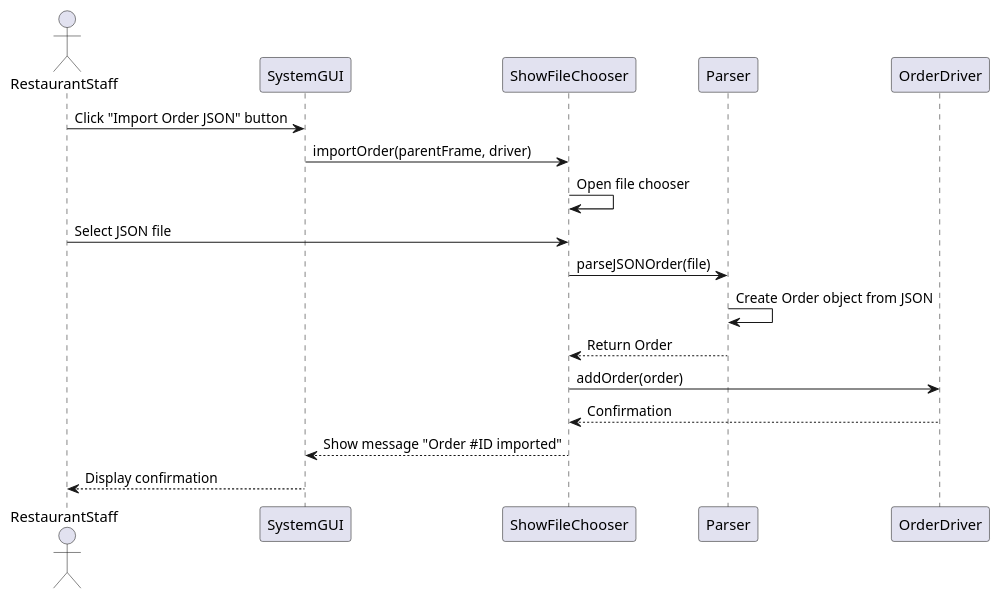
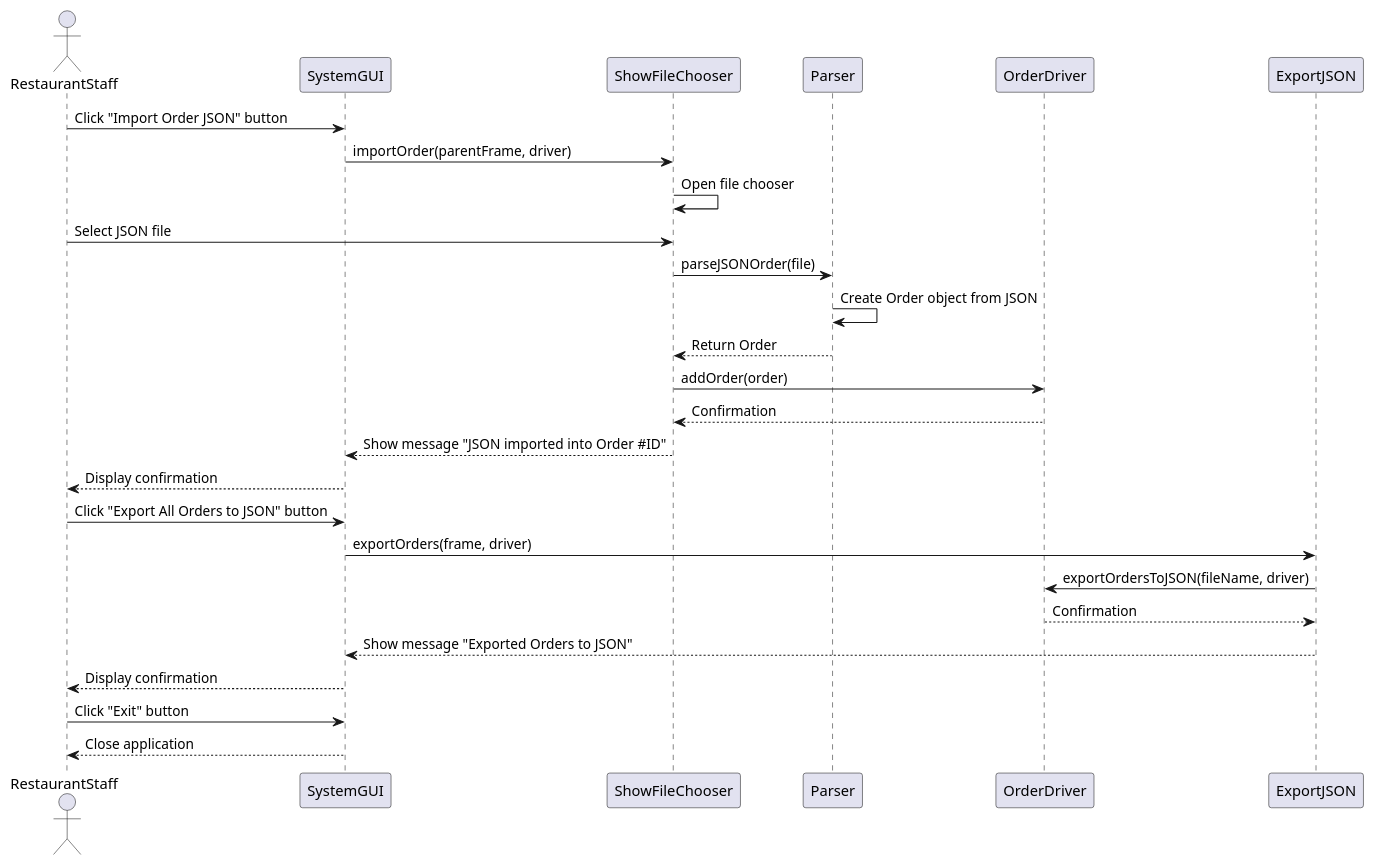
Before and after one commit to aidanmahl/372GroupProject: the diagram in code/src/main/java/Design/SequenceDiagram.puml, drawn with PlantUML.

Commit message:
Updated to include extra steps.

```diff
--- a/code/src/main/java/Design/SequenceDiagram.puml
+++ b/code/src/main/java/Design/SequenceDiagram.puml
@@ -1,22 +1,36 @@
 @startuml
 'https://plantuml.com/sequence-diagram
 
 actor RestaurantStaff
 participant SystemGUI
 participant ShowFileChooser
 participant Parser
 participant OrderDriver
+participant ExportJSON
 
+'Import
 RestaurantStaff -> SystemGUI : Click "Import Order JSON" button
 SystemGUI -> ShowFileChooser : importOrder(parentFrame, driver)
 ShowFileChooser -> ShowFileChooser : Open file chooser
 RestaurantStaff -> ShowFileChooser : Select JSON file
 ShowFileChooser -> Parser : parseJSONOrder(file)
 Parser -> Parser : Create Order object from JSON
 Parser --> ShowFileChooser : Return Order
 ShowFileChooser -> OrderDriver : addOrder(order)
 OrderDriver --> ShowFileChooser : Confirmation
-ShowFileChooser --> SystemGUI : Show message "Order #ID imported"
+ShowFileChooser --> SystemGUI : Show message "JSON imported into Order #ID"
 SystemGUI --> RestaurantStaff : Display confirmation
 
+'Export
+RestaurantStaff -> SystemGUI : Click "Export All Orders to JSON" button
+SystemGUI -> ExportJSON : exportOrders(frame, driver)
+ExportJSON -> OrderDriver : exportOrdersToJSON(fileName, driver)
+OrderDriver --> ExportJSON : Confirmation
+ExportJSON --> SystemGUI : Show message "Exported Orders to JSON"
+SystemGUI --> RestaurantStaff : Display confirmation
+
+'Exit
+RestaurantStaff -> SystemGUI : Click "Exit" button
+SystemGUI --> RestaurantStaff : Close application
+
 @enduml
```
